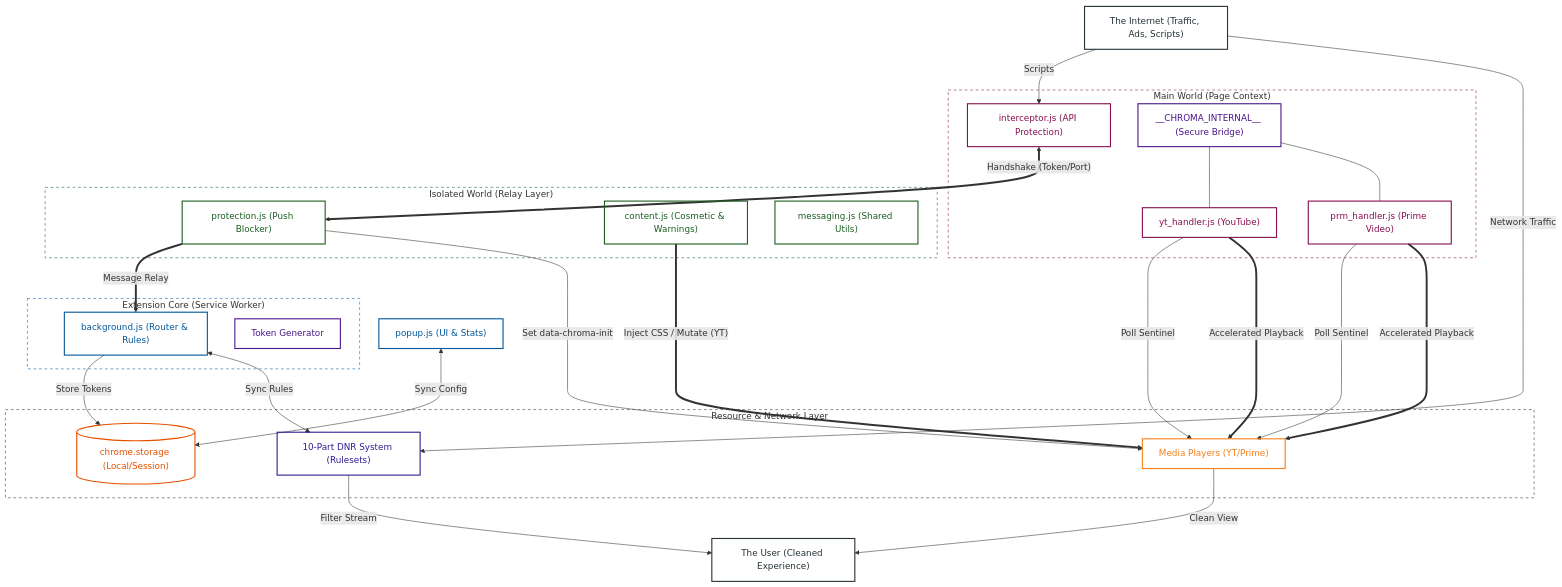
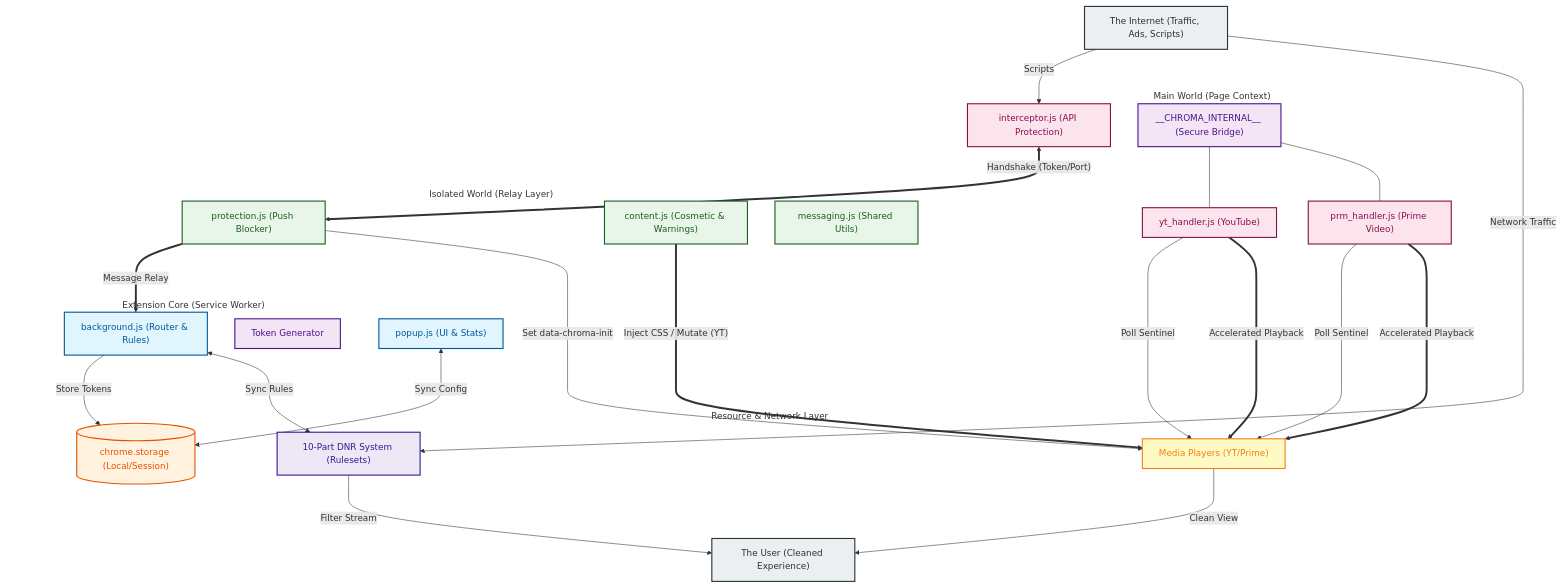
Before and after one commit to Dabrogost/Chroma-Ad-Blocker: the diagram in README.md, drawn with Mermaid.

Commit message:
style: update mermaid diagram class definitions with background fills and remove dashed border styles

````diff
--- a/README.md
+++ b/README.md
@@ -22,76 +22,76 @@
 ```mermaid
 graph TD
-    classDef sw fill:none,color:#01579b,stroke:#01579b,stroke-width:2px
-    classDef storage fill:none,color:#e65100,stroke:#e65100,stroke-width:2px
-    classDef isolated fill:none,color:#1b5e20,stroke:#1b5e20,stroke-width:2px
-    classDef main fill:none,color:#880e4f,stroke:#880e4f,stroke-width:2px
-    classDef dnr fill:none,color:#311b92,stroke:#311b92,stroke-width:2px
-    classDef dom fill:none,color:#f57f17,stroke:#f57f17,stroke-width:2px
-    classDef secure fill:none,color:#4a148c,stroke:#4a148c,stroke-width:2px
-    classDef actor fill:none,color:#263238,stroke:#263238,stroke-width:2px
+    classDef sw fill:#e1f5fe,color:#01579b,stroke:#01579b,stroke-width:2px
+    classDef storage fill:#fff3e0,color:#e65100,stroke:#e65100,stroke-width:2px
+    classDef isolated fill:#e8f5e9,color:#1b5e20,stroke:#1b5e20,stroke-width:2px
+    classDef main fill:#fce4ec,color:#880e4f,stroke:#880e4f,stroke-width:2px
+    classDef dnr fill:#ede7f6,color:#311b92,stroke:#311b92,stroke-width:2px
+    classDef dom fill:#fff9c4,color:#f57f17,stroke:#f57f17,stroke-width:2px
+    classDef secure fill:#f3e5f5,color:#4a148c,stroke:#4a148c,stroke-width:2px
+    classDef actor fill:#eceff1,color:#263238,stroke:#263238,stroke-width:2px
 
     %% --- LAYER 0: ENTRANCE ---
     INTERNET["The Internet (Traffic, Ads, Scripts)"]:::actor
 
     %% --- LAYER 1: MAIN WORLD (Execution Context) ---
     subgraph MW["Main World (Page Context)"]
         INTERCEPT["interceptor.js (API Protection)"]:::main
         YT_H["yt_handler.js (YouTube)"]:::main
         PRM_H["prm_handler.js (Prime Video)"]:::main
         BRIDGE["__CHROMA_INTERNAL__ (Secure Bridge)"]:::secure
     end
 
     %% --- LAYER 2: ISOLATED WORLD (Extension Context) ---
     subgraph IW["Isolated World (Relay Layer)"]
         PROT["protection.js (Push Blocker)"]:::isolated
         CONT["content.js (Cosmetic & Warnings)"]:::isolated
         MSG_U["messaging.js (Shared Utils)"]:::isolated
     end
 
     %% --- LAYER 3: SERVICE WORKER CORE ---
     subgraph SW["Extension Core (Service Worker)"]
         BG["background.js (Router & Rules)"]:::sw
         TOKEN_G["Token Generator"]:::secure
     end
 
     %% --- LAYER 4: INFRASTRUCTURE ---
     subgraph System["Resource & Network Layer"]
         STORAGE[("chrome.storage (Local/Session)")]:::storage
         DNR["10-Part DNR System (Rulesets)"]:::dnr
         PLAYER["Media Players (YT/Prime)"]:::dom
     end
 
     %% --- LAYER 5: UI ---
     POPUP["popup.js (UI & Stats)"]:::sw
     USER["The User (Cleaned Experience)"]:::actor
 
     %% --- PIPELINE FLOW ---
     INTERNET -- "Scripts" --> INTERCEPT
     INTERNET -- "Network Traffic" --> DNR
     
     INTERCEPT <==>|"Handshake (Token/Port)"| PROT
     PROT ==>|"Message Relay"| BG
     BG -- "Store Tokens" --> STORAGE
     
     PROT -- "Set data-chroma-init" --> PLAYER
     YT_H -- "Poll Sentinel" --> PLAYER
     PRM_H -- "Poll Sentinel" --> PLAYER
     
     BRIDGE --- YT_H
     BRIDGE --- PRM_H
     YT_H ==>|"Accelerated Playback"| PLAYER
     PRM_H ==>|"Accelerated Playback"| PLAYER
     
     CONT ==>|"Inject CSS / Mutate (YT)"| PLAYER
     DNR -- "Filter Stream" --> USER
     PLAYER -- "Clean View" --> USER
     
     POPUP <-->|"Sync Config"| STORAGE
     BG <-->|"Sync Rules"| DNR
 
     %% Style Tweaks
-    style MW fill:none,stroke:#880e4f,stroke-dasharray: 5 5
-    style IW fill:none,stroke:#1b5e20,stroke-dasharray: 5 5
-    style SW fill:none,stroke:#01579b,stroke-dasharray: 5 5
-    style System fill:none,stroke:#263238,stroke-dasharray: 5 5
+    style MW fill:none,stroke:none
+    style IW fill:none,stroke:none
+    style SW fill:none,stroke:none
+    style System fill:none,stroke:none
 ```
````
